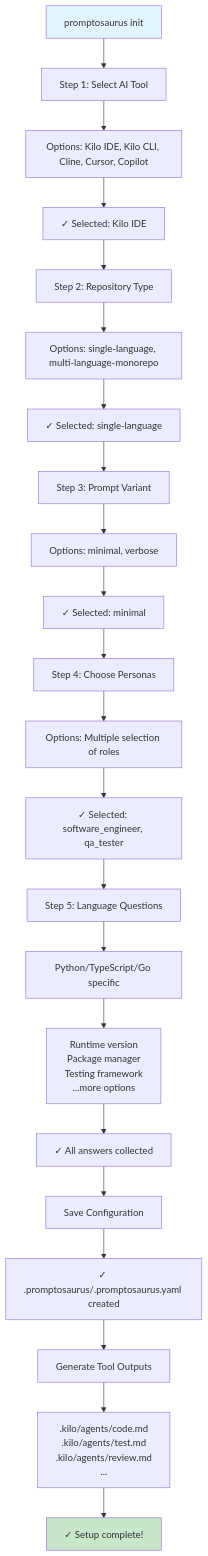
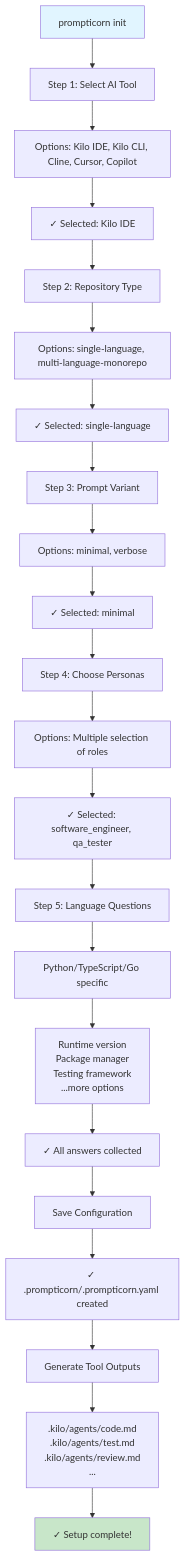
One commit to snoodleboot-io/prompticorn changed the second of 11 diagrams in docs/DIAGRAMS_GUIDE.md. Above: the diagram before and after it, drawn with Mermaid. The commit also changed other lines of this file and 1334 other files, not shown here.

````diff
--- a/docs/DIAGRAMS_GUIDE.md
+++ b/docs/DIAGRAMS_GUIDE.md
@@ -40,33 +40,33 @@
 ```mermaid
 flowchart TD
-    A["promptosaurus init"] --> B["Step 1: Select AI Tool"]
+    A["prompticorn init"] --> B["Step 1: Select AI Tool"]
     B --> B1["Options: Kilo IDE, Kilo CLI, Cline, Cursor, Copilot"]
     B1 --> B2["✓ Selected: Kilo IDE"]
     
     B2 --> C["Step 2: Repository Type"]
     C --> C1["Options: single-language, multi-language-monorepo"]
     C1 --> C2["✓ Selected: single-language"]
     
     C2 --> D["Step 3: Prompt Variant"]
     D --> D1["Options: minimal, verbose"]
     D1 --> D2["✓ Selected: minimal"]
     
     D2 --> E["Step 4: Choose Personas"]
     E --> E1["Options: Multiple selection of roles"]
     E1 --> E2["✓ Selected: software_engineer, qa_tester"]
     
     E2 --> F["Step 5: Language Questions"]
     F --> F1["Python/TypeScript/Go specific"]
     F1 --> F2["Runtime version<br/>Package manager<br/>Testing framework<br/>...more options"]
     F2 --> F3["✓ All answers collected"]
     
     F3 --> G["Save Configuration"]
-    G --> G1["✓ .promptosaurus/.promptosaurus.yaml created"]
+    G --> G1["✓ .prompticorn/.prompticorn.yaml created"]
     
     G1 --> H["Generate Tool Outputs"]
     H --> H1[".kilo/agents/code.md<br/>.kilo/agents/test.md<br/>.kilo/agents/review.md<br/>..."]
     H1 --> I["✓ Setup complete!"]
     
     style A fill:#e1f5ff
     style I fill:#c8e6c9
 ```
````
